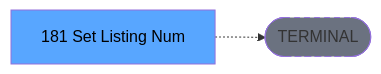
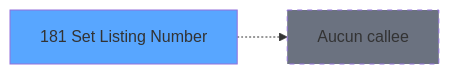
One commit to thonyAGP/lecteur-magic changed the third of 3 diagrams in .openspec/specs/ADH-IDE-181.md. Above: the diagram before and after it, drawn with Mermaid. The commit also changed other lines of this file and 96 other files, not shown here.

````diff
--- a/.openspec/specs/ADH-IDE-181.md
+++ b/.openspec/specs/ADH-IDE-181.md
@@ -134,8 +137,8 @@
 ```mermaid
 graph LR
-    T[181 Set Listing Num]
-    TERM([TERMINAL])
-    T -.-> TERM
-    style TERM fill:#6b7280,stroke-dasharray: 5 5
-    style T fill:#58a6ff,color:#000
+    T181[181 Set Listing Number]
+    style T181 fill:#58a6ff
+    NONE[Aucun callee]
+    T181 -.-> NONE
+    style NONE fill:#6b7280,stroke-dasharray: 5 5
 ```
````
